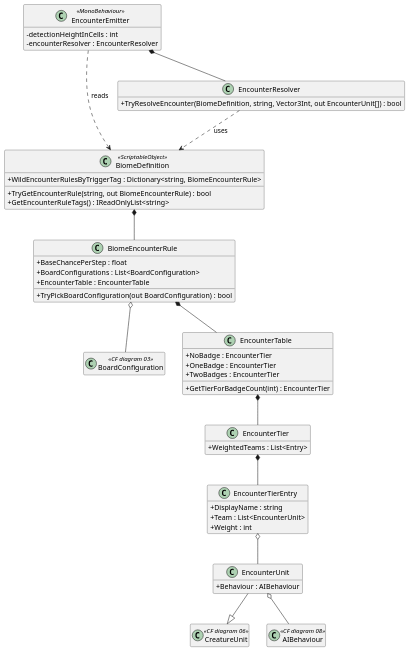
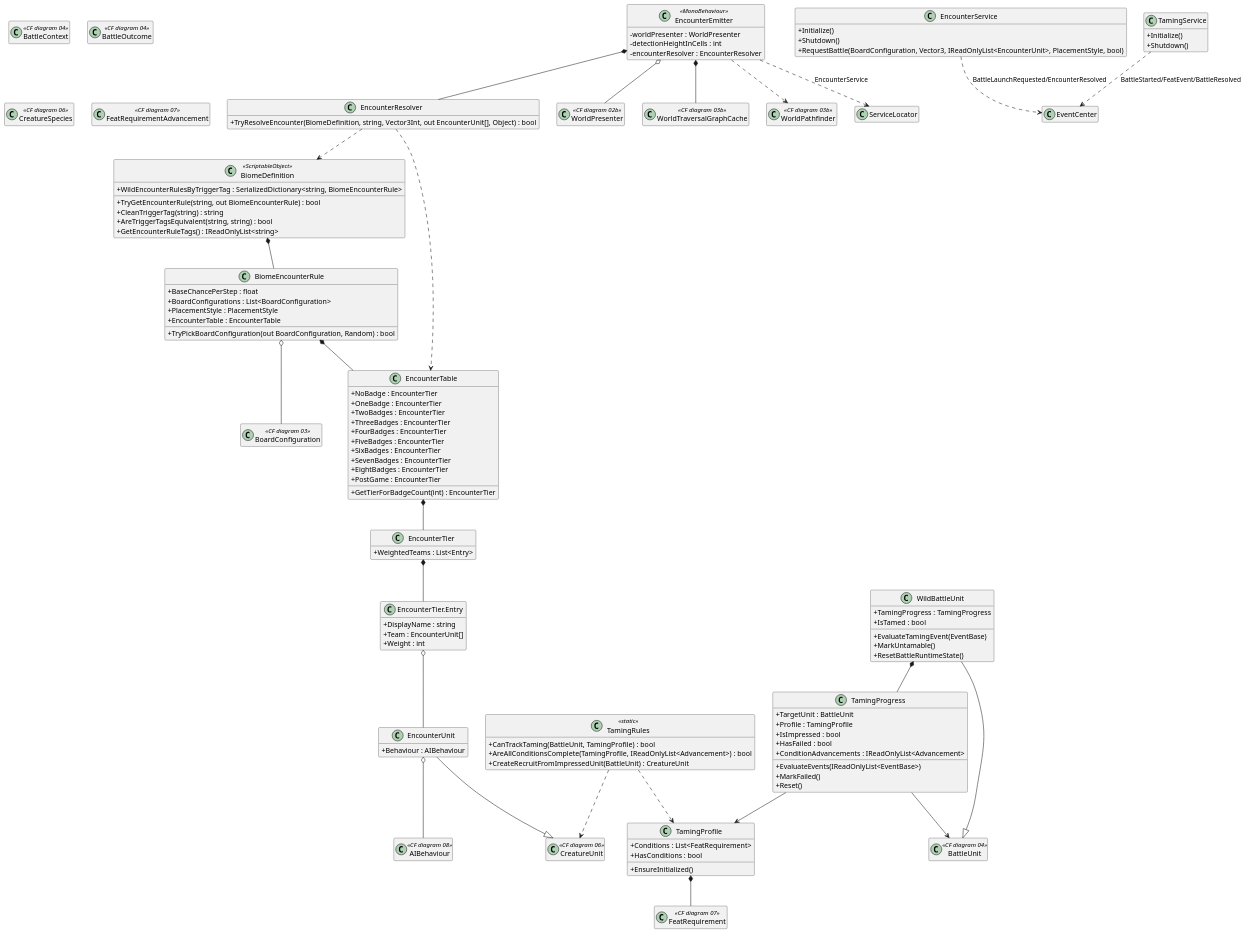
One commit to EreliaStudio/Erelia changed the diagram in Architecture/diagrams/05_encounter_biome.puml. Above: the diagram before and after it, drawn with PlantUML. The commit also changed 187 other files, not shown here.

```diff
--- a/Architecture/diagrams/05_encounter_biome.puml
+++ b/Architecture/diagrams/05_encounter_biome.puml
@@ -1,65 +1,141 @@
 @startuml Encounter & Biome System
 
 skinparam classAttributeIconSize 0
+skinparam shadowing false
 hide empty members
 
 class BoardConfiguration <<CF diagram 03>> {}
+class BattleContext <<CF diagram 04>> {}
+class BattleOutcome <<CF diagram 04>> {}
+class BattleUnit <<CF diagram 04>> {}
 class CreatureUnit <<CF diagram 06>> {}
+class CreatureSpecies <<CF diagram 06>> {}
 class AIBehaviour <<CF diagram 08>> {}
+class FeatRequirement <<CF diagram 07>> {}
+class FeatRequirementAdvancement <<CF diagram 07>> {}
+class WorldPresenter <<CF diagram 02b>> {}
+class WorldTraversalGraphCache <<CF diagram 03b>> {}
+class WorldPathfinder <<CF diagram 03b>> {}
 
 class EncounterUnit {
   +Behaviour : AIBehaviour
+}
+
+class "EncounterTier.Entry" as EncounterTierEntry {
+  +DisplayName : string
+  +Team : EncounterUnit[]
+  +Weight : int
 }
 
 class EncounterTier {
   +WeightedTeams : List<Entry>
 }
 
-class EncounterTierEntry {
-  +DisplayName : string
-  +Team : List<EncounterUnit>
-  +Weight : int
-}
-
 class EncounterTable {
   +NoBadge : EncounterTier
   +OneBadge : EncounterTier
   +TwoBadges : EncounterTier
+  +ThreeBadges : EncounterTier
+  +FourBadges : EncounterTier
+  +FiveBadges : EncounterTier
+  +SixBadges : EncounterTier
+  +SevenBadges : EncounterTier
+  +EightBadges : EncounterTier
+  +PostGame : EncounterTier
   +GetTierForBadgeCount(int) : EncounterTier
 }
 
 class BiomeEncounterRule {
   +BaseChancePerStep : float
   +BoardConfigurations : List<BoardConfiguration>
+  +PlacementStyle : PlacementStyle
   +EncounterTable : EncounterTable
-  +TryPickBoardConfiguration(out BoardConfiguration) : bool
+  +TryPickBoardConfiguration(out BoardConfiguration, Random) : bool
 }
 
 class BiomeDefinition <<ScriptableObject>> {
-  +WildEncounterRulesByTriggerTag : Dictionary<string, BiomeEncounterRule>
+  +WildEncounterRulesByTriggerTag : SerializedDictionary<string, BiomeEncounterRule>
   +TryGetEncounterRule(string, out BiomeEncounterRule) : bool
+  +CleanTriggerTag(string) : string
+  +AreTriggerTagsEquivalent(string, string) : bool
   +GetEncounterRuleTags() : IReadOnlyList<string>
 }
 
 class EncounterResolver {
-  +TryResolveEncounter(BiomeDefinition, string, Vector3Int, out EncounterUnit[]) : bool
+  +TryResolveEncounter(BiomeDefinition, string, Vector3Int, out EncounterUnit[], Object) : bool
 }
 
 class EncounterEmitter <<MonoBehaviour>> {
+  -worldPresenter : WorldPresenter
   -detectionHeightInCells : int
   -encounterResolver : EncounterResolver
+}
+
+class EncounterService {
+  +Initialize()
+  +Shutdown()
+  +RequestBattle(BoardConfiguration, Vector3, IReadOnlyList<EncounterUnit>, PlacementStyle, bool)
+}
+
+class TamingProfile {
+  +Conditions : List<FeatRequirement>
+  +HasConditions : bool
+  +EnsureInitialized()
+}
+
+class TamingProgress {
+  +TargetUnit : BattleUnit
+  +Profile : TamingProfile
+  +IsImpressed : bool
+  +HasFailed : bool
+  +ConditionAdvancements : IReadOnlyList<Advancement>
+  +EvaluateEvents(IReadOnlyList<EventBase>)
+  +MarkFailed()
+  +Reset()
+}
+
+class WildBattleUnit {
+  +TamingProgress : TamingProgress
+  +IsTamed : bool
+  +EvaluateTamingEvent(EventBase)
+  +MarkUntamable()
+  +ResetBattleRuntimeState()
+}
+
+class TamingRules <<static>> {
+  +CanTrackTaming(BattleUnit, TamingProfile) : bool
+  +AreAllConditionsComplete(TamingProfile, IReadOnlyList<Advancement>) : bool
+  +CreateRecruitFromImpressedUnit(BattleUnit) : CreatureUnit
+}
+
+class TamingService {
+  +Initialize()
+  +Shutdown()
 }
 
 EncounterUnit --|> CreatureUnit
 EncounterUnit o-- AIBehaviour
 EncounterTier *-- EncounterTierEntry
 EncounterTierEntry o-- EncounterUnit
 EncounterTable *-- EncounterTier
 BiomeEncounterRule *-- EncounterTable
 BiomeEncounterRule o-- BoardConfiguration
 BiomeDefinition *-- BiomeEncounterRule
-EncounterResolver ..> BiomeDefinition : uses
+EncounterResolver ..> BiomeDefinition
+EncounterResolver ..> EncounterTable
 EncounterEmitter *-- EncounterResolver
-EncounterEmitter ..> BiomeDefinition : reads
+EncounterEmitter o-- WorldPresenter
+EncounterEmitter *-- WorldTraversalGraphCache
+EncounterEmitter ..> WorldPathfinder
+EncounterEmitter ..> ServiceLocator : EncounterService
+EncounterService ..> EventCenter : BattleLaunchRequested/EncounterResolved
+TamingProfile *-- FeatRequirement
+TamingProgress --> TamingProfile
+TamingProgress --> BattleUnit
+TamingRules ..> TamingProfile
+TamingRules ..> CreatureUnit
+WildBattleUnit --|> BattleUnit
+WildBattleUnit *-- TamingProgress
+TamingService ..> EventCenter : BattleStarted/FeatEvent/BattleResolved
 
 @enduml
```
